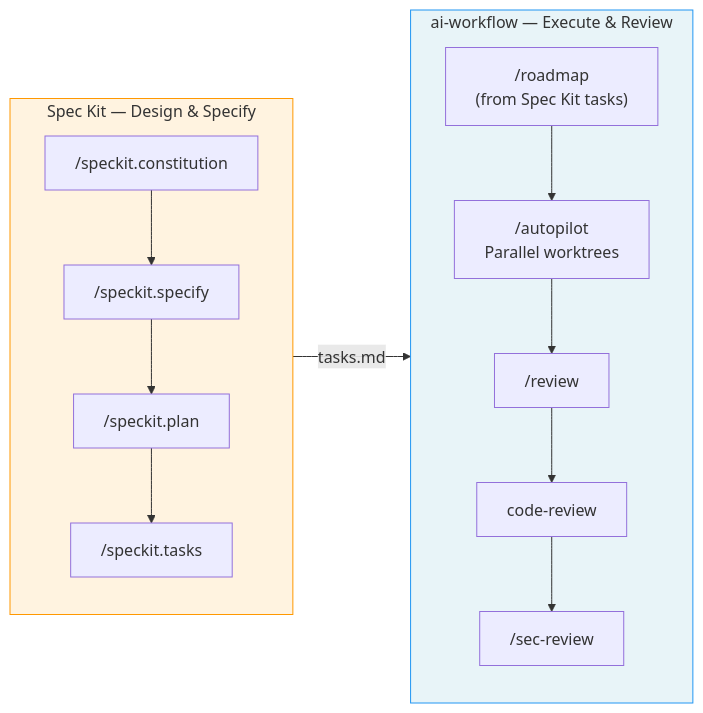
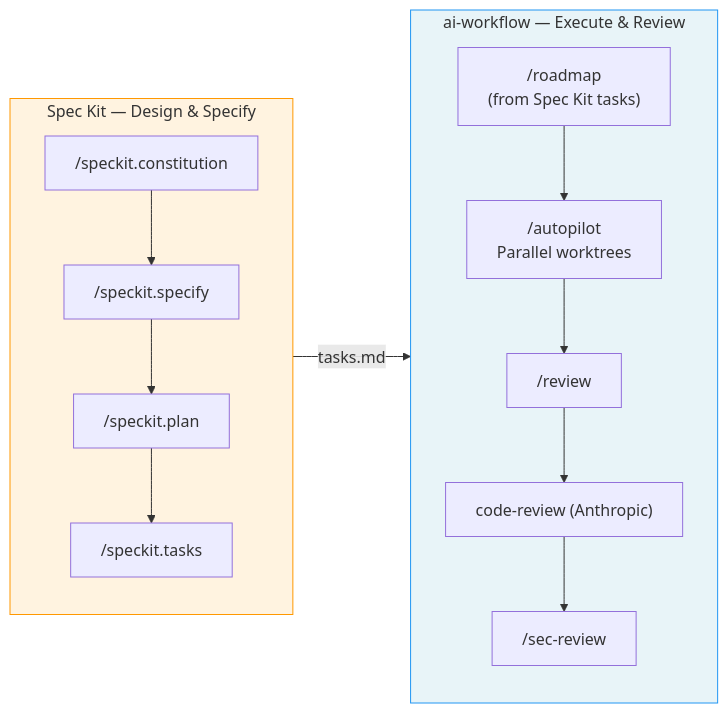
One commit to 0xrafasec/ai-workflow changed the third of 5 diagrams in docs/speckit-integration.md. Above: the diagram before and after it, drawn with Mermaid. The commit also changed other lines of this file and 1 other file, not shown here.

First line of the commit message:
docs: disambiguate bare code-review references as Anthropic's skill

````diff
--- a/docs/speckit-integration.md
+++ b/docs/speckit-integration.md
@@ -144,22 +144,22 @@
 ```mermaid
 flowchart LR
     subgraph SK ["Spec Kit — Design & Specify"]
         direction TB
         A1["/speckit.constitution"] --> A2["/speckit.specify"]
         A2 --> A3["/speckit.plan"]
         A3 --> A4["/speckit.tasks"]
     end
 
     subgraph AW ["ai-workflow — Execute & Review"]
         direction TB
         B1["/roadmap<br/>(from Spec Kit tasks)"] --> B2["/autopilot<br/>Parallel worktrees"]
         B2 --> B3["/review"]
-        B3 --> B4["code-review"]
+        B3 --> B4["code-review (Anthropic)"]
         B4 --> B5["/sec-review"]
     end
 
     SK -->|"tasks.md"| AW
 
     style SK fill:#fff3e0,stroke:#FF9800
     style AW fill:#e8f4f8,stroke:#2196F3
 ```
````
